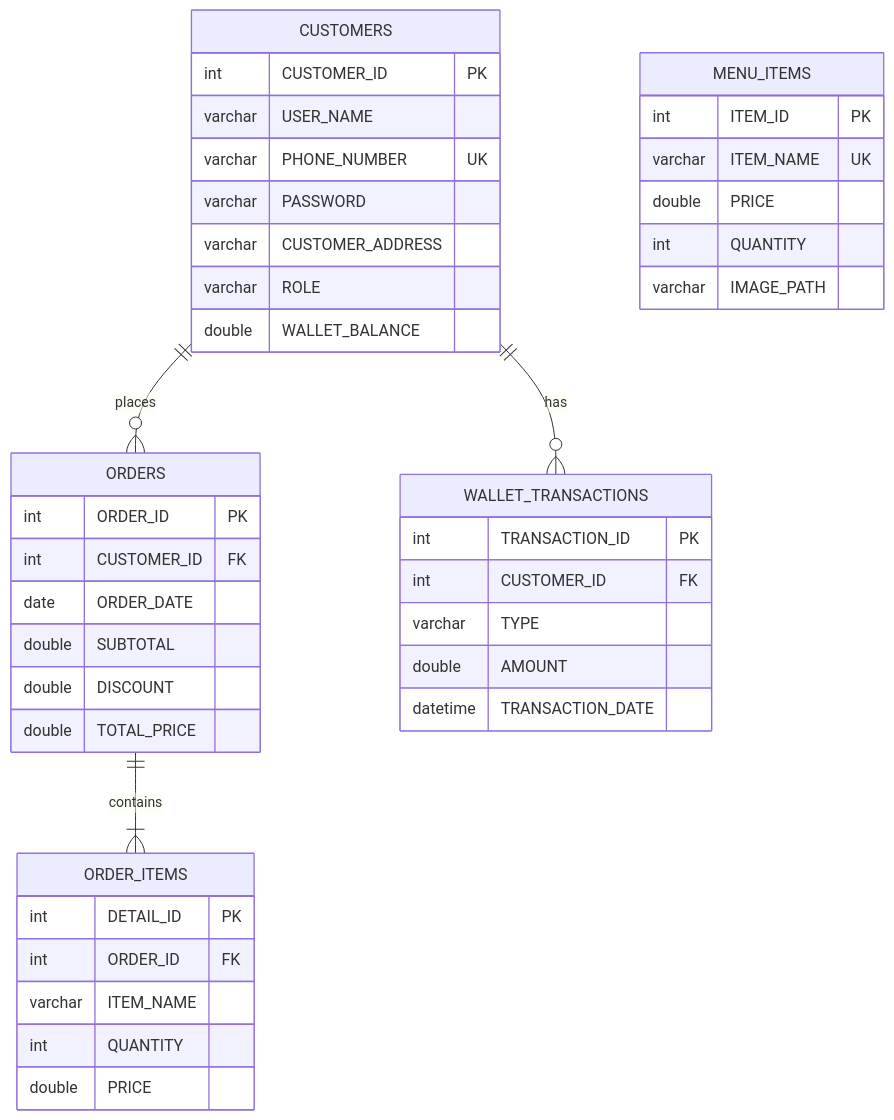
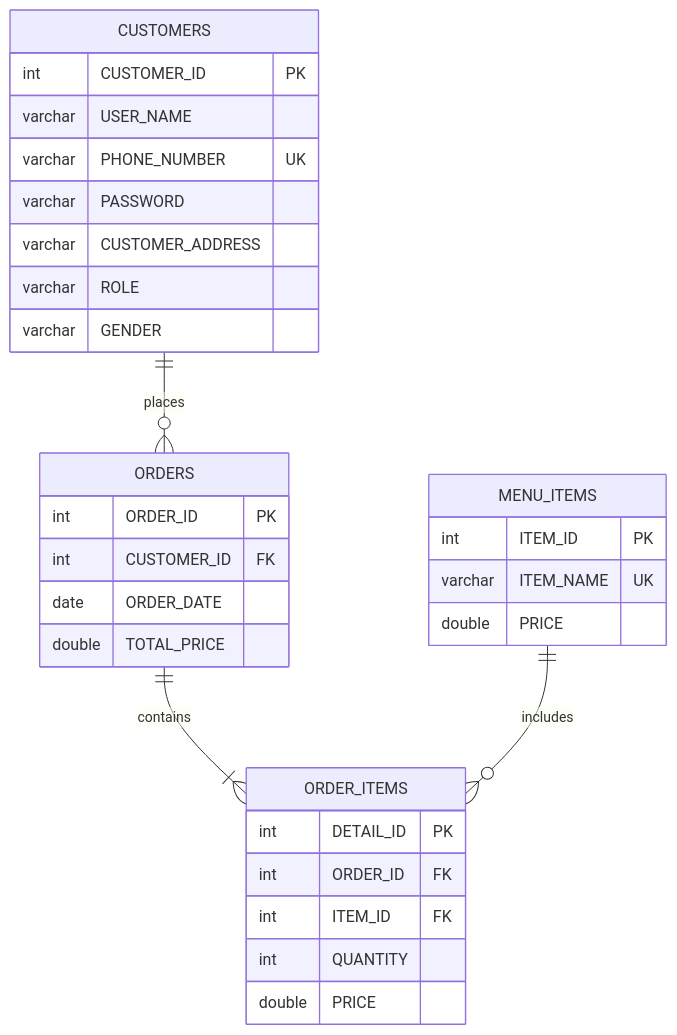
The diagram in README.md (abdullah-darahem/ZarCafe_System), drawn with Mermaid before and after one commit. The commit also changed other lines of this file and 7 other files, not shown here.

````diff
--- a/README.md
+++ b/README.md
@@ -197,49 +248,37 @@
 ```mermaid
 erDiagram
     CUSTOMERS ||--o{ ORDERS : places
-    CUSTOMERS ||--o{ WALLET_TRANSACTIONS : has
     ORDERS ||--|{ ORDER_ITEMS : contains
+    MENU_ITEMS ||--o{ ORDER_ITEMS : includes
     
     CUSTOMERS {
         int CUSTOMER_ID PK
         varchar USER_NAME
         varchar PHONE_NUMBER UK
         varchar PASSWORD
         varchar CUSTOMER_ADDRESS
         varchar ROLE
-        double WALLET_BALANCE
+        varchar GENDER
     }
     
     MENU_ITEMS {
         int ITEM_ID PK
         varchar ITEM_NAME UK
         double PRICE
-        int QUANTITY
-        varchar IMAGE_PATH
     }
     
     ORDERS {
         int ORDER_ID PK
         int CUSTOMER_ID FK
         date ORDER_DATE
-        double SUBTOTAL
-        double DISCOUNT
         double TOTAL_PRICE
     }
     
     ORDER_ITEMS {
         int DETAIL_ID PK
         int ORDER_ID FK
-        varchar ITEM_NAME
+        int ITEM_ID FK
         int QUANTITY
         double PRICE
     }
-    
-    WALLET_TRANSACTIONS {
-        int TRANSACTION_ID PK
-        int CUSTOMER_ID FK
-        varchar TYPE
-        double AMOUNT
-        datetime TRANSACTION_DATE
-    }
 ```
````
